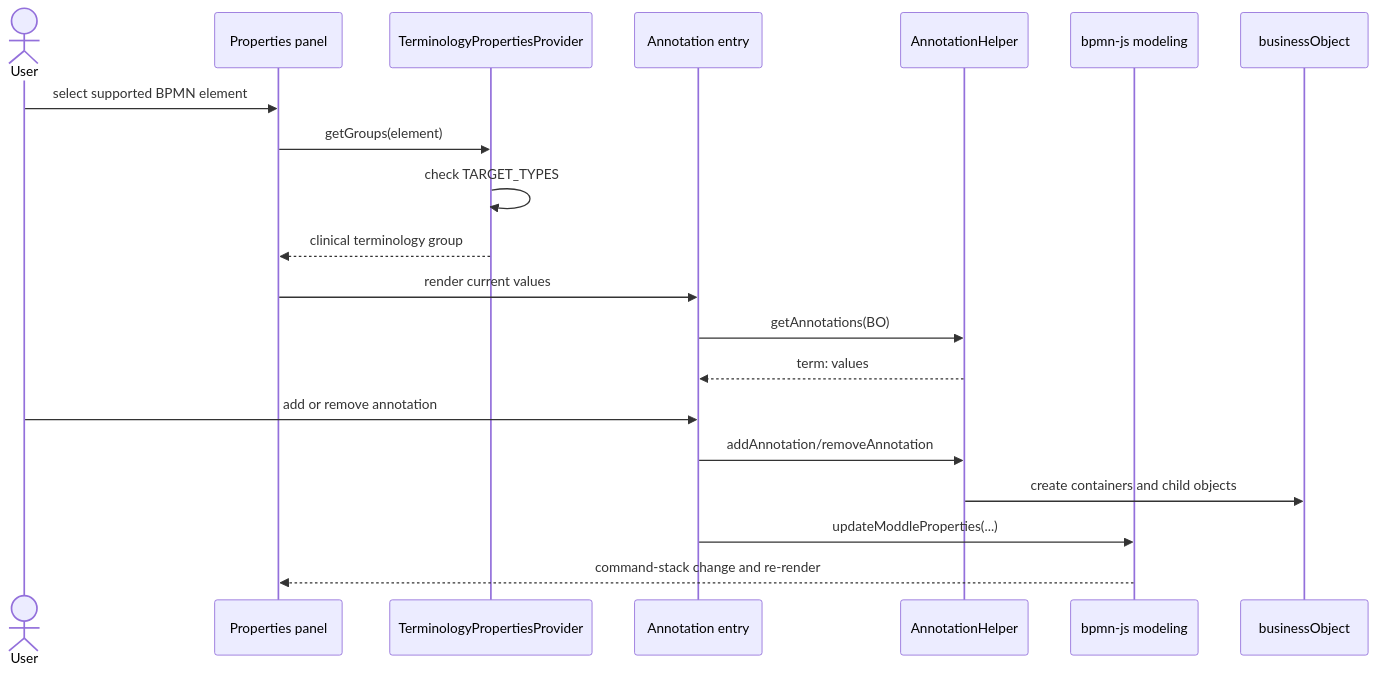
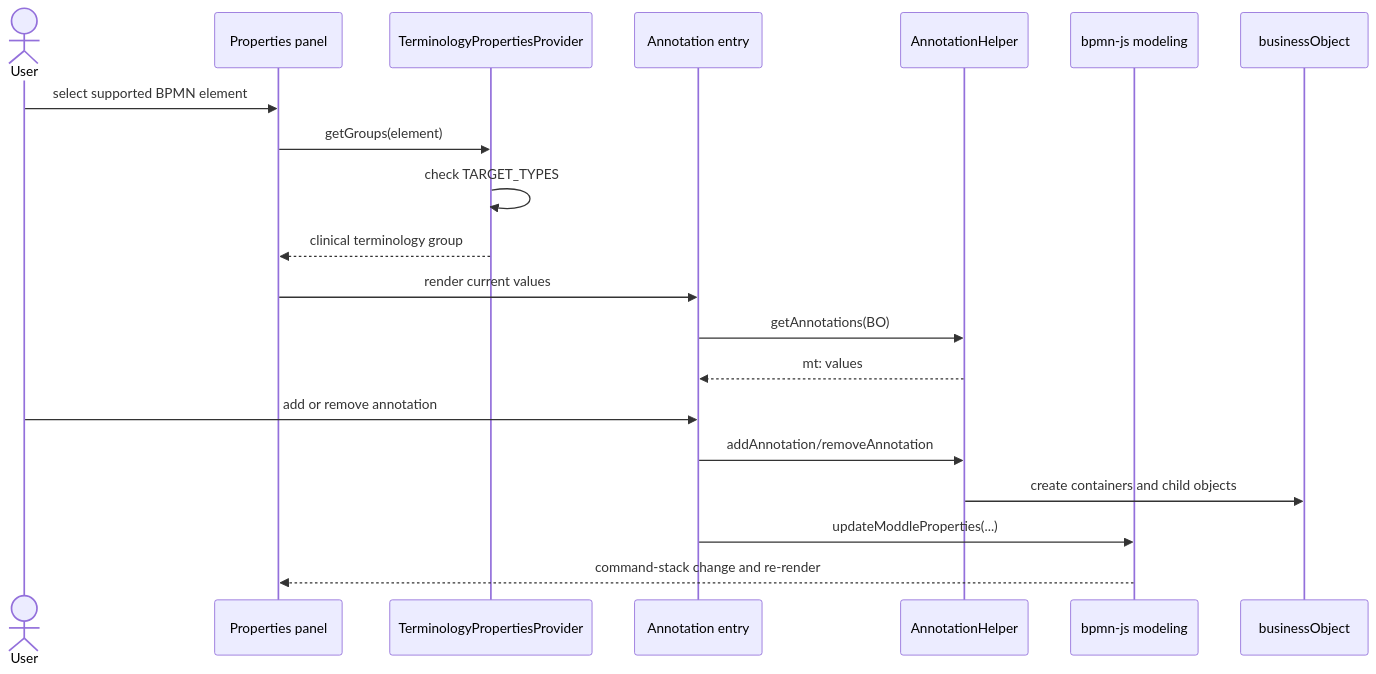
The diagram in docs/arc42/06_runtime_view.md (forschungsgruppe-digital-health/bpmn-extension-medical-terminology), drawn with Mermaid before and after one commit. The commit also changed other lines of this file and 91 other files, not shown here.

````diff
--- a/docs/arc42/06_runtime_view.md
+++ b/docs/arc42/06_runtime_view.md
@@ -36,23 +36,23 @@
 ```mermaid
 sequenceDiagram
     actor User
     participant Panel as Properties panel
     participant Provider as TerminologyPropertiesProvider
     participant Entry as Annotation entry
     participant Helper as AnnotationHelper
     participant Modeling as bpmn-js modeling
     participant BO as businessObject
 
     User->>Panel: select supported BPMN element
     Panel->>Provider: getGroups(element)
     Provider->>Provider: check TARGET_TYPES
     Provider-->>Panel: clinical terminology group
     Panel->>Entry: render current values
     Entry->>Helper: getAnnotations(BO)
-    Helper-->>Entry: term: values
+    Helper-->>Entry: mt: values
     User->>Entry: add or remove annotation
     Entry->>Helper: addAnnotation/removeAnnotation
     Helper->>BO: create containers and child objects
     Entry->>Modeling: updateModdleProperties(...)
     Modeling-->>Panel: command-stack change and re-render
 ```
````
